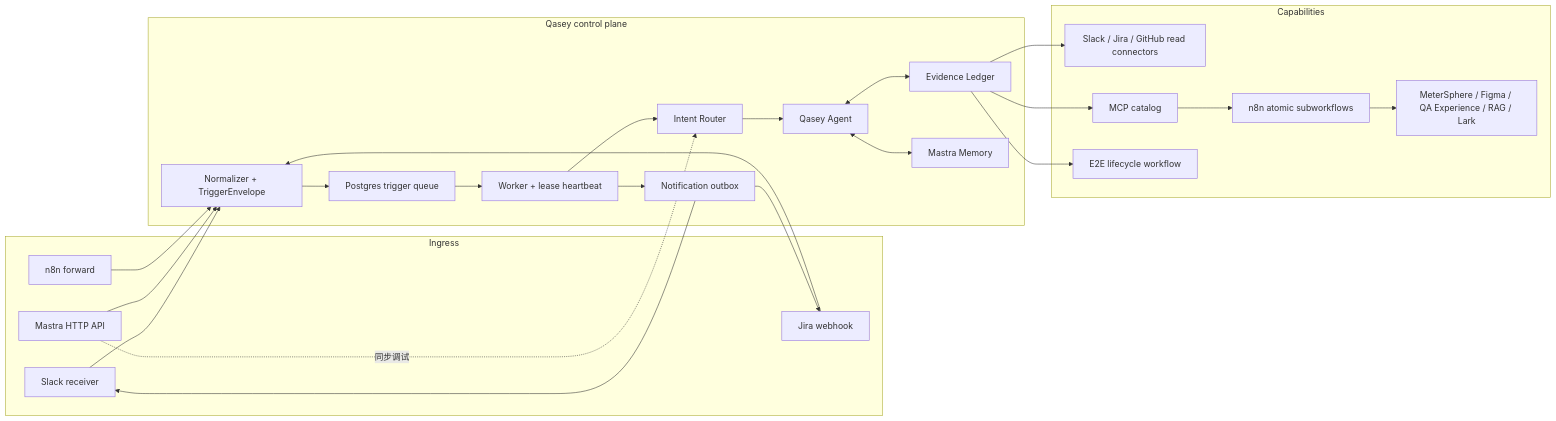
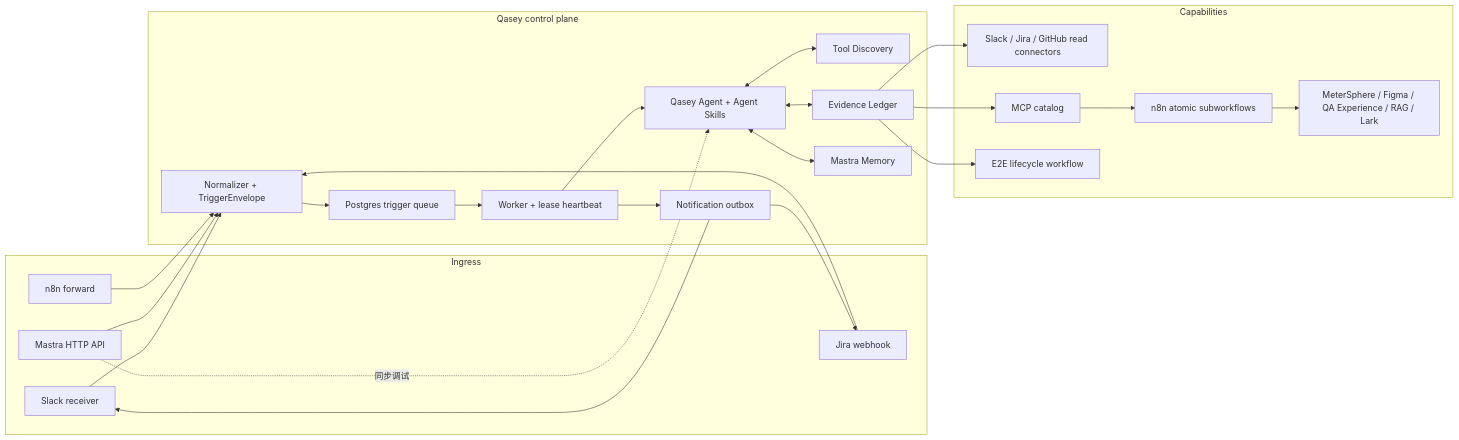
One commit to GrinZero/qasey changed the second of 2 diagrams in docs/n8n-architecture-comparison.md. Above: the diagram before and after it, drawn with Mermaid. The commit also changed other lines of this file and 68 other files, not shown here.

````diff
--- a/docs/n8n-architecture-comparison.md
+++ b/docs/n8n-architecture-comparison.md
@@ -68,42 +68,43 @@
 ```mermaid
 flowchart LR
     subgraph Ingress["Ingress"]
         Slack["Slack receiver"]
         Jira["Jira webhook"]
         API["Mastra HTTP API"]
         Forward["n8n forward"]
     end
 
     subgraph Control["Qasey control plane"]
         Normalize["Normalizer + TriggerEnvelope"]
         Queue["Postgres trigger queue"]
         Worker["Worker + lease heartbeat"]
-        Router["Intent Router"]
-        Agent["Qasey Agent"]
+        Agent["Qasey Agent + Agent Skills"]
+        Discovery["Tool Discovery"]
         Ledger["Evidence Ledger"]
         Outbox["Notification outbox"]
         Memory["Mastra Memory"]
     end
 
     subgraph Capabilities["Capabilities"]
         Native["Slack / Jira / GitHub read connectors"]
         MCP["MCP catalog"]
         N8N["n8n atomic subworkflows"]
         External["MeterSphere / Figma / QA Experience / RAG / Lark"]
         E2E["E2E lifecycle workflow"]
     end
 
     Slack --> Normalize
     Jira --> Normalize
     API --> Normalize
     Forward --> Normalize
-    Normalize --> Queue --> Worker --> Router --> Agent
-    API -. "同步调试" .-> Router
+    Normalize --> Queue --> Worker --> Agent
+    API -. "同步调试" .-> Agent
     Agent <--> Memory
+    Agent <--> Discovery
     Agent <--> Ledger
     Ledger --> Native
     Ledger --> MCP --> N8N --> External
     Ledger --> E2E
     Worker --> Outbox --> Slack
     Outbox --> Jira
 ```
````
